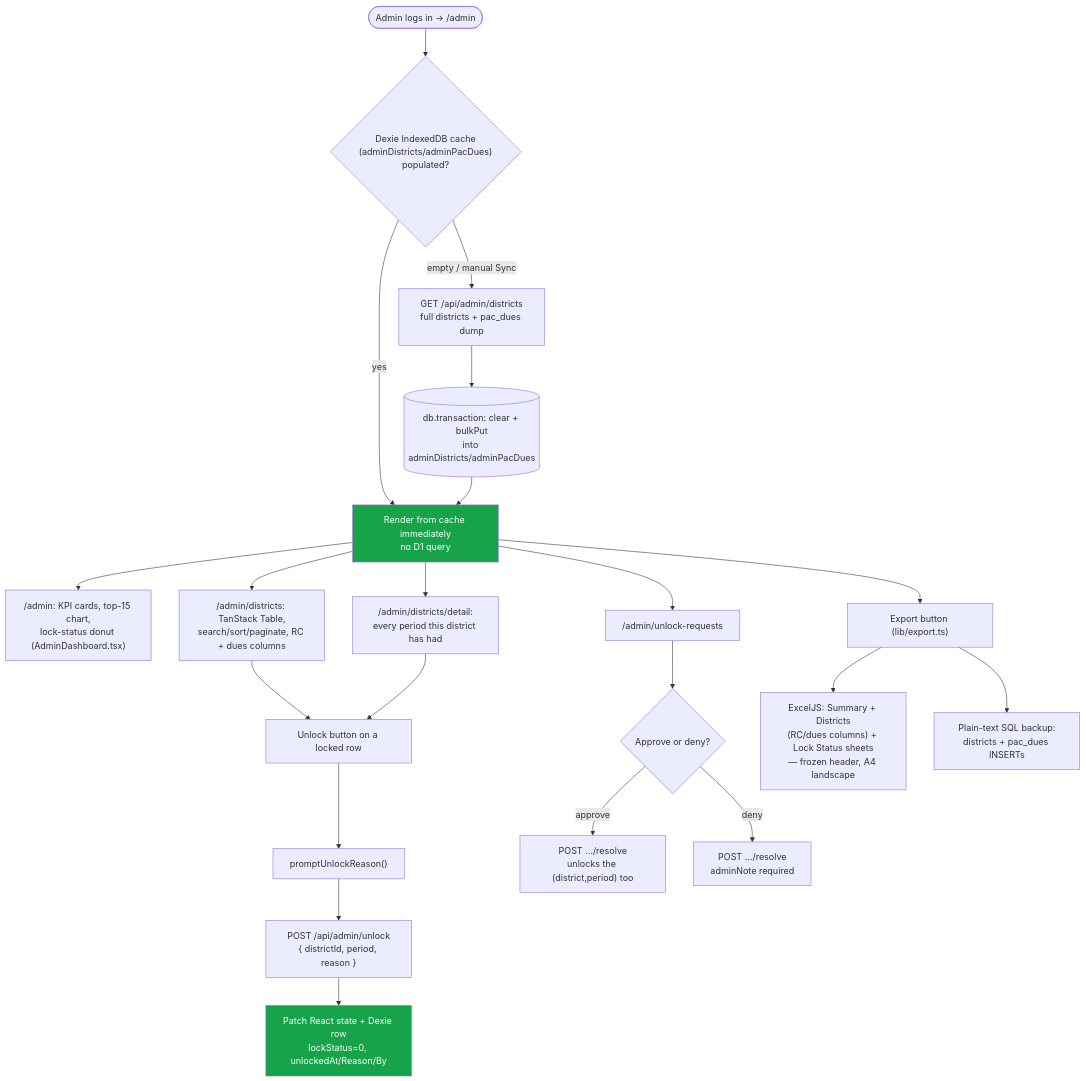
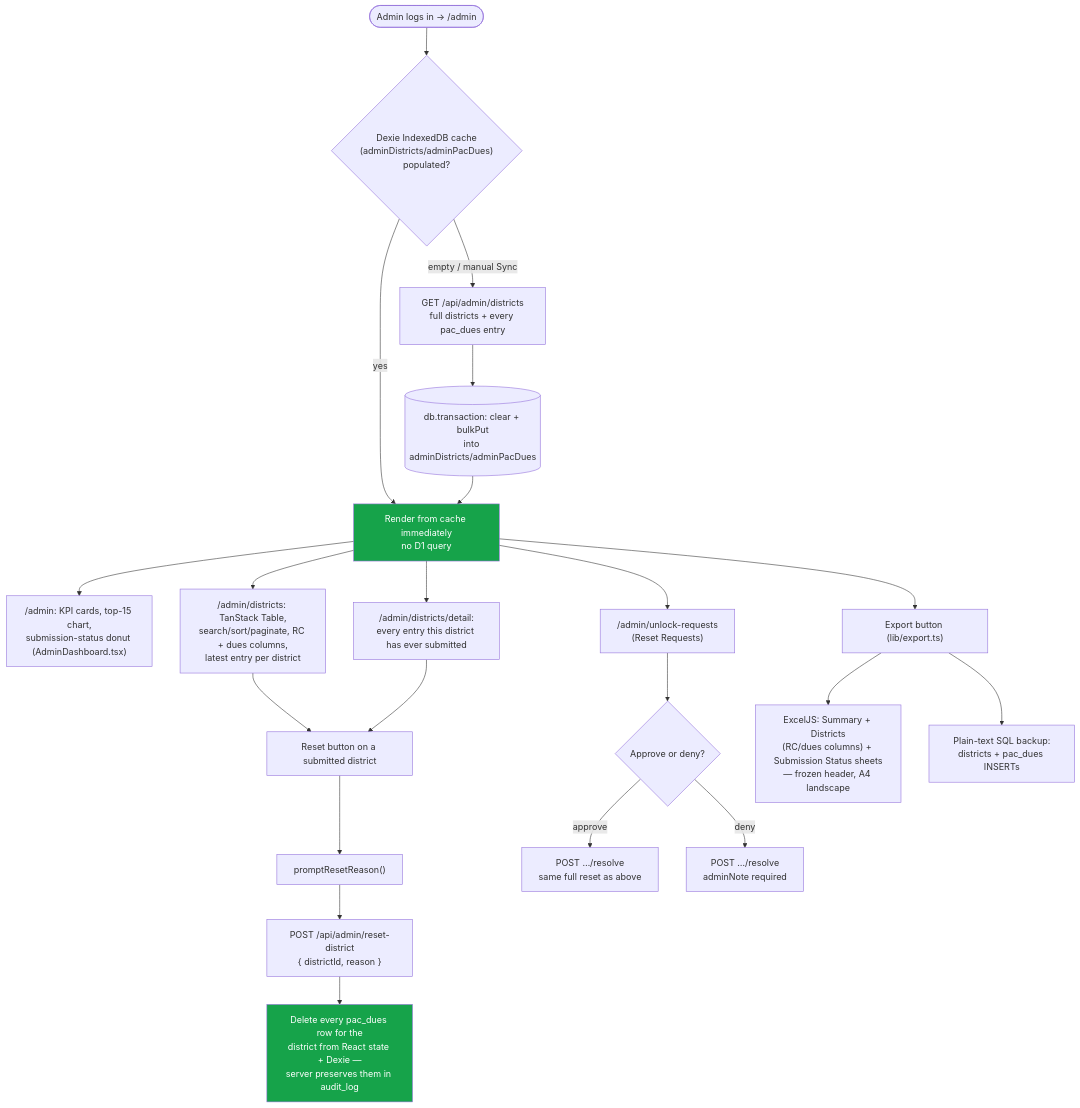
The third of 3 diagrams in README.md (SubhanRaj/pac-recovery-portal), drawn with Mermaid before and after one commit. The commit also changed other lines of this file and 39 other files, not shown here.

First line of the commit message:
feat: replace monthly lock/unlock model with an append-only recovery ledger

````diff
--- a/README.md
+++ b/README.md
@@ -191,31 +195,31 @@
 ```mermaid
 flowchart TD
     AdminLogin(["Admin logs in -> /admin"]) --> CacheCheck{"Dexie IndexedDB cache<br/>(adminDistricts/adminPacDues)<br/>populated?"}
 
     CacheCheck -->|"yes"| UseCache["Render from cache immediately<br/>no D1 query"]
-    CacheCheck -->|"empty / manual Sync"| Fetch["GET /api/admin/districts<br/>full districts + pac_dues dump"]
+    CacheCheck -->|"empty / manual Sync"| Fetch["GET /api/admin/districts<br/>full districts + every pac_dues entry"]
     Fetch --> StoreCache[("db.transaction: clear + bulkPut<br/>into adminDistricts/adminPacDues")]
     StoreCache --> UseCache
 
-    UseCache --> Dashboard["/admin: KPI cards, top-15 chart,<br/>lock-status donut (AdminDashboard.tsx)"]
-    UseCache --> Districts["/admin/districts: TanStack Table,<br/>search/sort/paginate, RC + dues columns"]
-    UseCache --> Detail["/admin/districts/detail:<br/>every period this district has had"]
+    UseCache --> Dashboard["/admin: KPI cards, top-15 chart,<br/>submission-status donut (AdminDashboard.tsx)"]
+    UseCache --> Districts["/admin/districts: TanStack Table,<br/>search/sort/paginate, RC + dues columns,<br/>latest entry per district"]
+    UseCache --> Detail["/admin/districts/detail:<br/>every entry this district has ever submitted"]
 
-    Districts --> UnlockClick["Unlock button on a locked row"]
-    Detail --> UnlockClick
-    UnlockClick --> Reason["promptUnlockReason()"]
-    Reason --> PostUnlock["POST /api/admin/unlock<br/>{ districtId, period, reason }"]
-    PostUnlock --> PatchBoth["Patch React state + Dexie row<br/>lockStatus=0, unlockedAt/Reason/By"]
+    Districts --> ResetClick["Reset button on a submitted district"]
+    Detail --> ResetClick
+    ResetClick --> Reason["promptResetReason()"]
+    Reason --> PostReset["POST /api/admin/reset-district<br/>{ districtId, reason }"]
+    PostReset --> PatchBoth["Delete every pac_dues row for the<br/>district from React state + Dexie —<br/>server preserves them in audit_log"]
 
-    UseCache --> UnlockReqPage["/admin/unlock-requests"]
-    UnlockReqPage --> Resolve{"Approve or deny?"}
-    Resolve -->|"approve"| ResolveApprove["POST …/resolve<br/>unlocks the (district,period) too"]
+    UseCache --> ResetReqPage["/admin/unlock-requests<br/>(Reset Requests)"]
+    ResetReqPage --> Resolve{"Approve or deny?"}
+    Resolve -->|"approve"| ResolveApprove["POST …/resolve<br/>same full reset as above"]
     Resolve -->|"deny"| ResolveDeny["POST …/resolve<br/>adminNote required"]
 
     UseCache --> Export["Export button (lib/export.ts)"]
-    Export --> Xlsx["ExcelJS: Summary + Districts<br/>(RC/dues columns) + Lock Status sheets<br/>— frozen header, A4 landscape"]
+    Export --> Xlsx["ExcelJS: Summary + Districts<br/>(RC/dues columns) + Submission Status sheets<br/>— frozen header, A4 landscape"]
     Export --> Sql["Plain-text SQL backup:<br/>districts + pac_dues INSERTs"]
 
     style UseCache fill:#16a34a,color:#fff
     style PatchBoth fill:#16a34a,color:#fff
 ```
````
